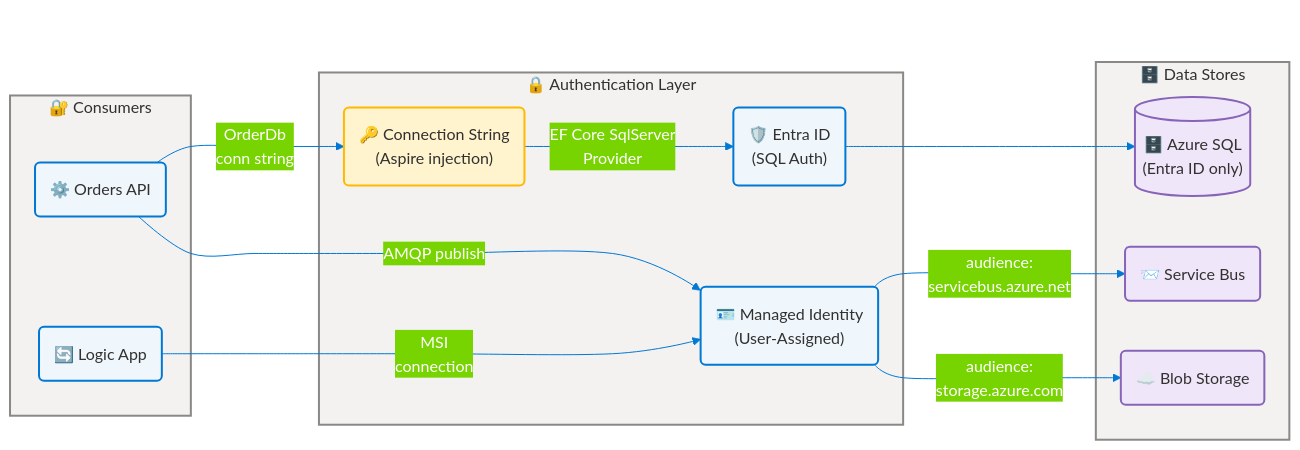
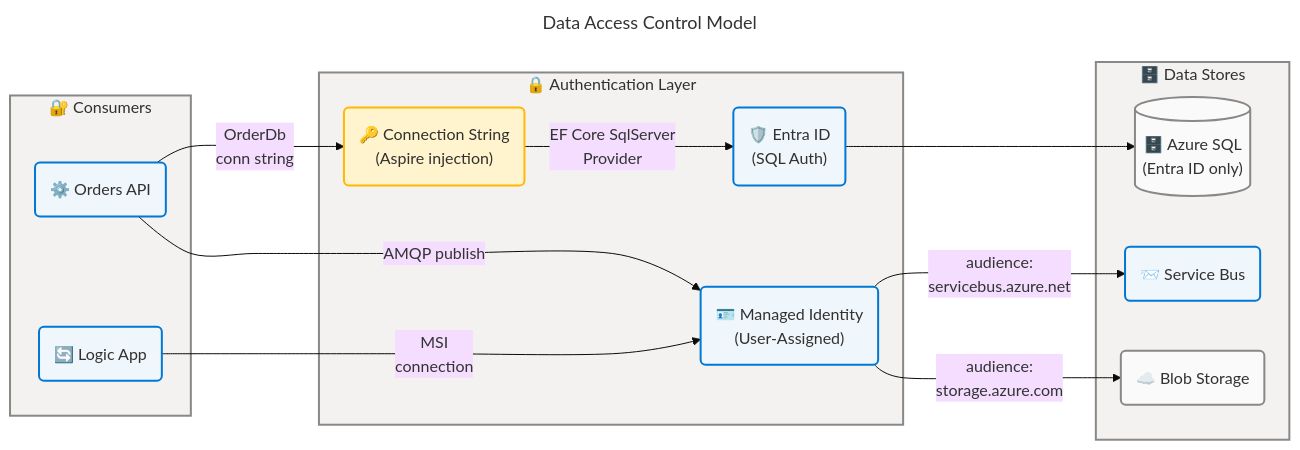
One commit to Evilazaro/Azure-LogicApps-Monitoring changed the seventh of 7 diagrams in docs/architecture/data-architecture.md. Above: the diagram before and after it, drawn with Mermaid. The commit also changed other lines of this file, not shown here.

Commit message:
style: Update class definitions in architecture diagrams to use 'neutral' and 'core' for data elements

````diff
--- a/docs/architecture/data-architecture.md
+++ b/docs/architecture/data-architecture.md
@@ -962,75 +956,71 @@
 ```mermaid
 ---
 title: Data Access Control Model
 config:
   theme: base
   look: classic
   layout: dagre
   themeVariables:
     fontSize: '16px'
-    primaryColor: '#0078D4'
-    primaryBorderColor: '#106EBE'
-    primaryTextColor: '#FFFFFF'
-    lineColor: '#0078D4'
   flowchart:
     htmlLabels: true
     curve: cardinal
 ---
 flowchart LR
     accTitle: Data Access Control Model
     accDescr: Shows how Managed Identity, Entra ID, and connection strings control access to Azure SQL, Service Bus, and Blob Storage from the Orders API and Logic App.
 
     %% ═══════════════════════════════════════════════════════════════════════════
     %% AZURE / FLUENT ARCHITECTURE PATTERN v1.1
     %% (Semantic + Structural + Font + Accessibility Governance)
     %% ═══════════════════════════════════════════════════════════════════════════
     %% PHASE 1 - FLUENT UI: All styling uses approved Fluent UI palette only
     %% PHASE 2 - GROUPS: Every subgraph has semantic color via style directive
     %% PHASE 3 - COMPONENTS: Every node has semantic classDef + icon prefix
     %% PHASE 4 - ACCESSIBILITY: accTitle/accDescr present, WCAG AA contrast
     %% PHASE 5 - STANDARD: Governance block present, classDefs centralized
     %% ═══════════════════════════════════════════════════════════════════════════
 
     subgraph Consumers["🔐 Consumers"]
         API("⚙️ Orders API")
         LA("🔄 Logic App")
     end
 
     subgraph AuthLayer["🔒 Authentication Layer"]
         CS("🔑 Connection String<br>(Aspire injection)")
         MSI("🪪 Managed Identity<br>(User-Assigned)")
         ENTRA("🛡️ Entra ID<br>(SQL Auth)")
     end
 
     subgraph DataStores["🗄️ Data Stores"]
         SQL[("🗄️ Azure SQL<br>(Entra ID only)")]
         SBus("📨 Service Bus")
         Blob("☁️ Blob Storage")
     end
 
     API -->|"OrderDb<br>conn string"| CS
     CS -->|"EF Core SqlServer<br>Provider"| ENTRA
     ENTRA --> SQL
     API -->|"AMQP publish"| MSI
     MSI -->|"audience:<br>servicebus.azure.net"| SBus
     LA -->|"MSI<br>connection"| MSI
     MSI -->|"audience:<br>storage.azure.com"| Blob
 
     style Consumers fill:#F3F2F1,stroke:#8A8886,stroke-width:2px,color:#323130
     style AuthLayer fill:#F3F2F1,stroke:#8A8886,stroke-width:2px,color:#323130
     style DataStores fill:#F3F2F1,stroke:#8A8886,stroke-width:2px,color:#323130
 
+    classDef neutral fill:#FAFAFA,stroke:#8A8886,stroke-width:2px,color:#323130
     classDef core fill:#EFF6FC,stroke:#0078D4,stroke-width:2px,color:#323130
-    classDef data fill:#F0E6FA,stroke:#8764B8,stroke-width:2px,color:#323130
     classDef warning fill:#FFF4CE,stroke:#FFB900,stroke-width:2px,color:#323130
     classDef danger fill:#FDE7E9,stroke:#D13438,stroke-width:2px,color:#323130
 
     API:::core
     LA:::core
     CS:::warning
     MSI:::core
     ENTRA:::core
-    SQL:::data
-    SBus:::data
-    Blob:::data
+    SQL:::neutral
+    SBus:::core
+    Blob:::neutral
 ```
````
